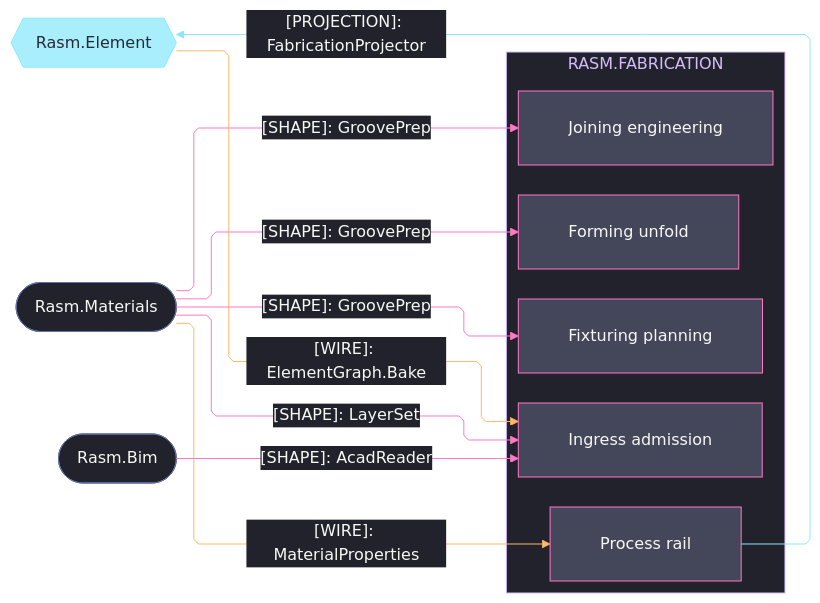
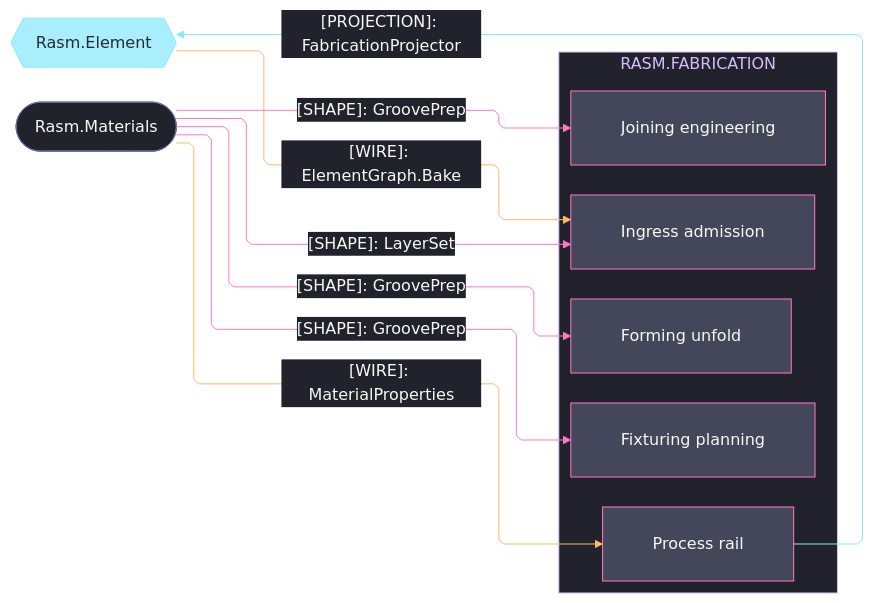
Before and after one commit to bsamiee/Rasm: the first of 2 diagrams in libs/csharp/Rasm.Fabrication/ARCHITECTURE.md, drawn with Mermaid. The commit also changed other lines of this file and 128 other files, not shown here.

````diff
--- a/libs/csharp/Rasm.Fabrication/ARCHITECTURE.md
+++ b/libs/csharp/Rasm.Fabrication/ARCHITECTURE.md
@@ -89,61 +89,59 @@
 ```mermaid
 ---
 config:
   theme: base
   look: classic
   layout: elk
   flowchart:
     curve: linear
     padding: 25
   themeVariables:
     darkMode: true
     fontFamily: "SF Mono, Menlo, Cascadia Mono, Segoe UI Mono, Consolas, monospace"
     useGradient: false
     dropShadow: "none"
     background: "#282A36"
     primaryColor: "#44475A"
     primaryTextColor: "#F8F8F2"
     primaryBorderColor: "#BD93F9"
     lineColor: "#FF79C6"
     textColor: "#F8F8F2"
     clusterBkg: "#21222C"
     clusterBorder: "#D6BCFA"
     edgeLabelBackground: "#21222C"
     labelBackgroundColor: "#21222C"
     titleColor: "#D6BCFA"
   themeCSS: ".nodeLabel{font-size:13px;font-weight:500}.edgeLabel{font-size:12px;font-weight:500}.cluster-label .nodeLabel{font-size:13.5px;font-weight:700;letter-spacing:.08em}.edge-thickness-normal{stroke-width:2px}.edge-thickness-thick{stroke-width:3px}.edge-pattern-dashed,.edge-pattern-dotted{stroke-width:1.5px;stroke-dasharray:4 6}.node rect,.node circle,.node polygon,.node path,.node .outer-path{stroke-width:1.5px;filter:none!important}.cluster rect{stroke-width:1px!important;stroke-dasharray:5 4!important;filter:none!important}.marker path{transform:scale(.8);transform-origin:5px 5px}.marker circle{transform:scale(.48);transform-origin:5px 5px}.edgeLabel rect{transform-box:fill-box;transform-origin:center;transform:scale(1.1,1.2)}"
 ---
 flowchart LR
     accTitle: Fabrication AEC-domain peer seams
-    accDescr: Fabrication sub-domain owners exchanging the element projector, material composition, groove prep, and profile reads with the AEC peers Element, Materials, and Bim, edge rails colored by kind and nodes classed by seam direction.
+    accDescr: Fabrication sub-domain owners exchanging the element projector, material composition, and groove prep with the AEC peers Element and Materials, edge rails colored by kind and nodes classed by seam direction.
     subgraph fabrication[RASM.FABRICATION]
         Process[Process rail]
         Ingress[Ingress admission]
         Fixturing[Fixturing planning]
         Forming[Forming unfold]
         Joining[Joining engineering]
     end
     Element{{Rasm.Element}}
     Materials([Rasm.Materials])
-    Bim([Rasm.Bim])
     Process e1@-->|"[PROJECTION]: FabricationProjector"| Element
     Element e2@-->|"[WIRE]: ElementGraph.Bake"| Ingress
     Materials e3@-->|"[SHAPE]: LayerSet"| Ingress
     Materials e4@-->|"[WIRE]: MaterialProperties"| Process
     Materials e5@-->|"[SHAPE]: GroovePrep"| Joining
     Materials e6@-->|"[SHAPE]: GroovePrep"| Fixturing
     Materials e7@-->|"[SHAPE]: GroovePrep"| Forming
-    Bim e8@-->|"[SHAPE]: AcadReader"| Ingress
     classDef primary fill:#44475A,stroke:#FF79C6,color:#F8F8F2
     classDef external fill:#8BE9FDBF,stroke:#8BE9FD,color:#282A36
     classDef annotation fill:#21222C,stroke:#6272A4,color:#F8F8F2
     classDef edgeData stroke:#FFB86C,color:#F8F8F2
     classDef edgeExternal stroke:#8BE9FD,color:#F8F8F2
     classDef edgeControl stroke:#FF79C6,color:#F8F8F2
     class Process,Ingress,Fixturing,Forming,Joining primary
     class Element external
-    class Materials,Bim annotation
+    class Materials annotation
     class e1 edgeExternal
     class e2,e4 edgeData
-    class e3,e5,e6,e7,e8 edgeControl
+    class e3,e5,e6,e7 edgeControl
 ```
````
